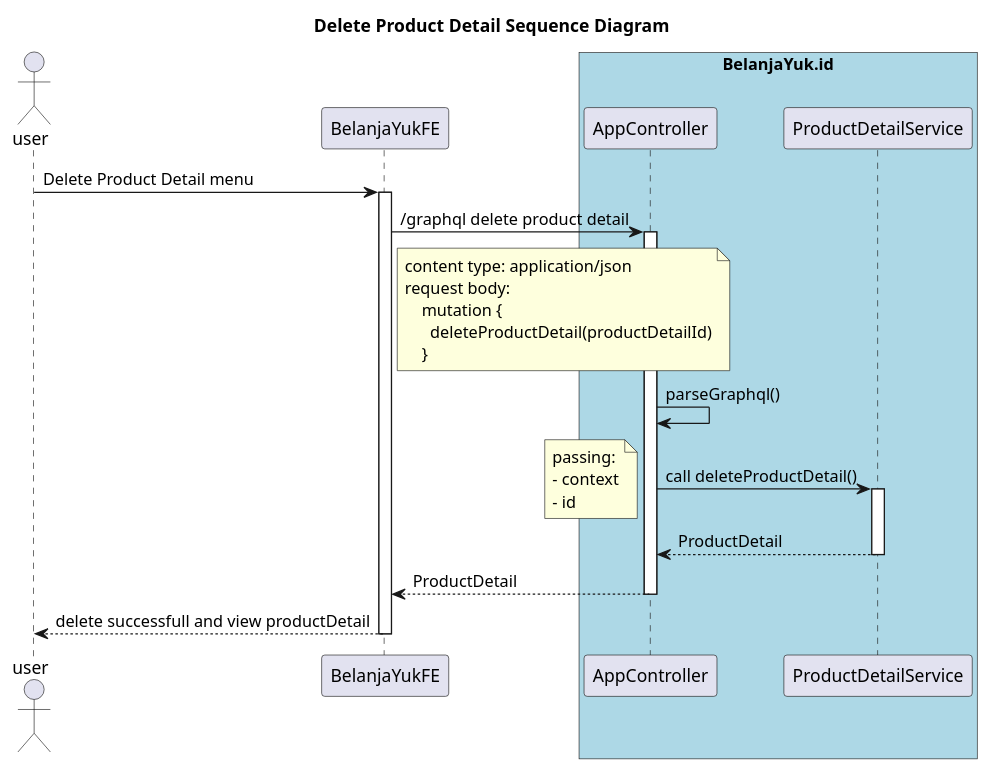
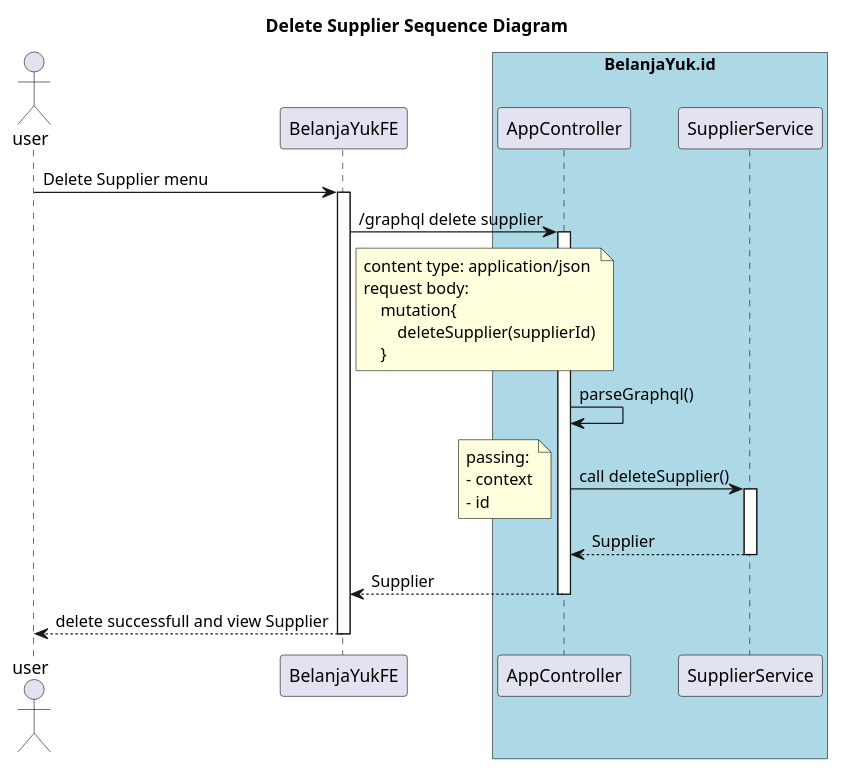
The diagram in SA/sequencediagram/supplier/simple/DeleteSupplier.puml (dedeandress/belanjayukid-be-services), drawn with PlantUML before and after one commit. The commit also changed 14 other files, not shown here.

Commit message:
add diagram for SA

```diff
--- a/SA/sequencediagram/supplier/simple/DeleteSupplier.puml
+++ b/SA/sequencediagram/supplier/simple/DeleteSupplier.puml
@@ -1,29 +1,29 @@
 @startuml
-title: Delete Product Detail Sequence Diagram
+title: Delete Supplier Sequence Diagram
 actor user
 participant BelanjaYukFE
 box "BelanjaYuk.id" #LightBlue
 participant AppController
-participant ProductDetailService
+participant SupplierService
 end box
 
-user -> BelanjaYukFE ++ : Delete Product Detail menu
-BelanjaYukFE -> AppController ++ : /graphql delete product detail
+user -> BelanjaYukFE ++ : Delete Supplier menu
+BelanjaYukFE -> AppController ++ : /graphql delete supplier
     note right of BelanjaYukFE
     content type: application/json
     request body:
-        mutation {
-          deleteProductDetail(productDetailId)
+        mutation{
+            deleteSupplier(supplierId)
         }
     end note
 AppController -> AppController : parseGraphql()
-AppController -> ProductDetailService ++ : call deleteProductDetail()
+AppController -> SupplierService ++ : call deleteSupplier()
     note left
     passing:
     - context
     - id
     end note
-ProductDetailService --> AppController --: ProductDetail
-AppController --> BelanjaYukFE -- : ProductDetail
-BelanjaYukFE --> user -- : delete successfull and view productDetail
+SupplierService --> AppController --: Supplier
+AppController --> BelanjaYukFE -- : Supplier
+BelanjaYukFE --> user -- : delete successfull and view Supplier
 @enduml
```
